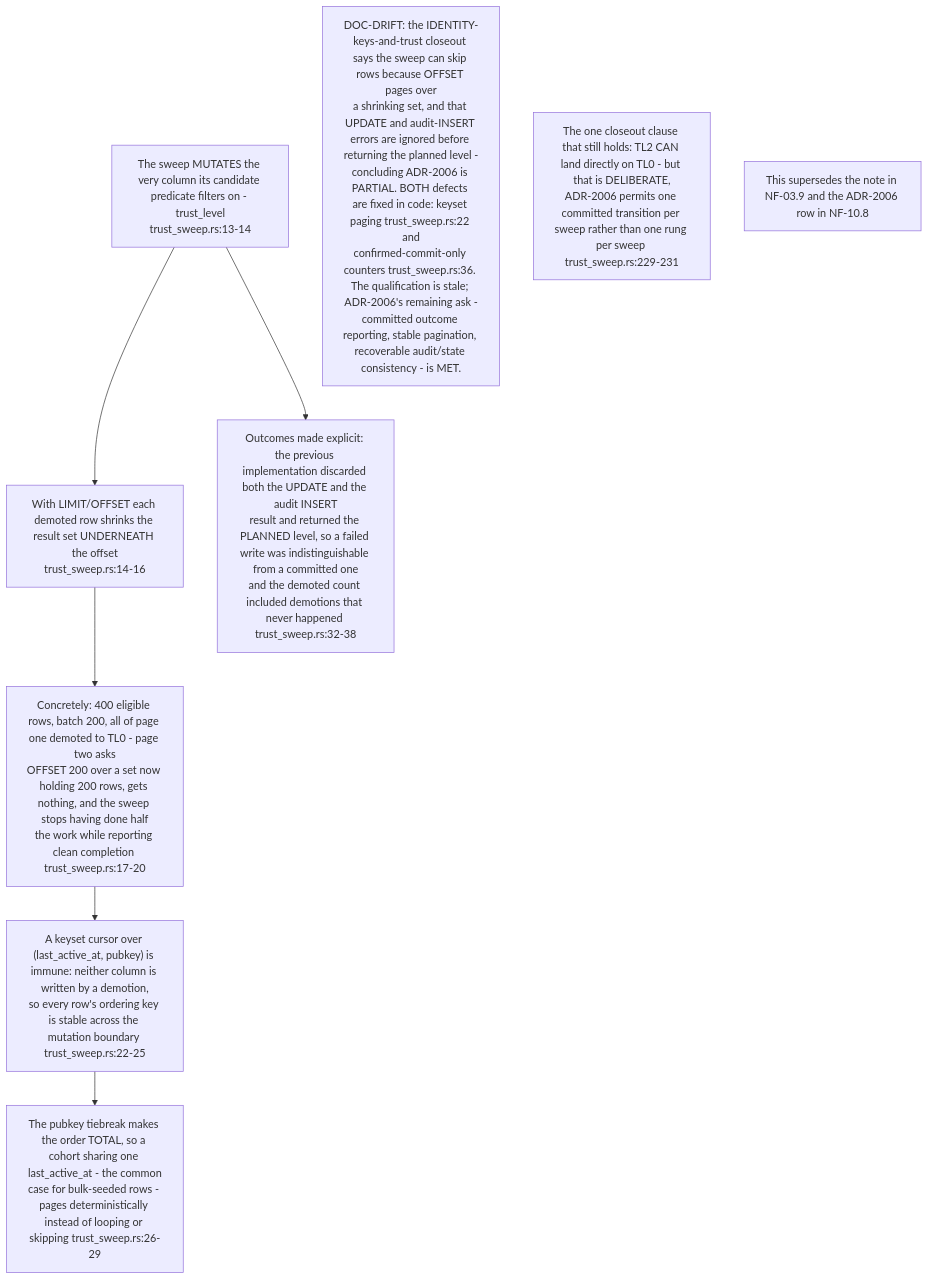
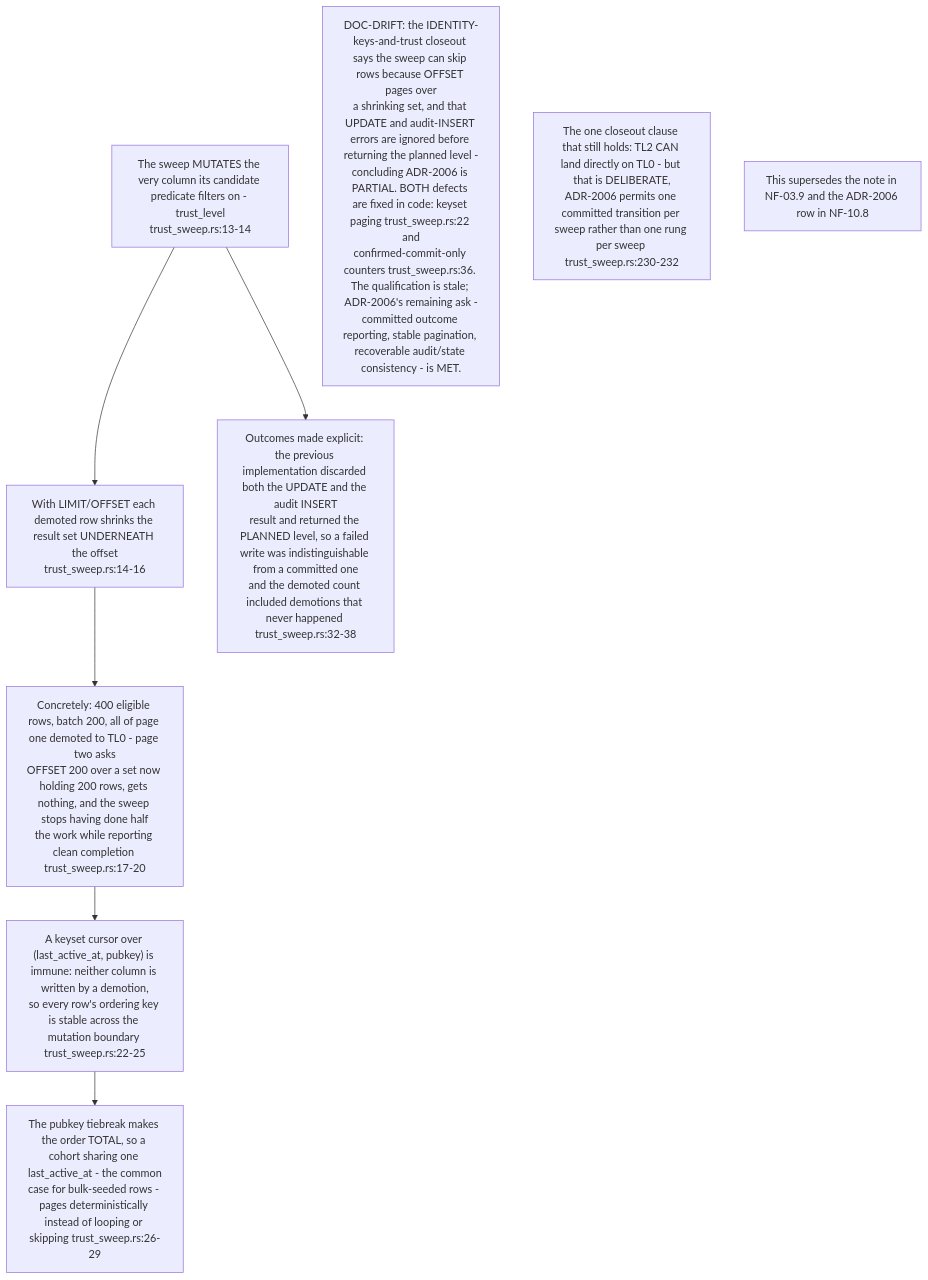
Diagram 12 of 15 in docs/diagrams/nostr-rust-forum/11-relay-durable-object-internals.md (DreamLab-AI/VisionFlow), drawn with Mermaid before and after one commit. The commit also changed other lines of this file and 51 other files, not shown here.

First line of the commit message:
docs(diagrams): agentbox AB-01..13 re-attested anchor by anchor (980 anchors, 22 defects); checkpoint against an out-of-mesh writer

````diff
--- a/docs/diagrams/nostr-rust-forum/11-relay-durable-object-internals.md
+++ b/docs/diagrams/nostr-rust-forum/11-relay-durable-object-internals.md
@@ -326,16 +326,16 @@
 ```mermaid
 flowchart TB
     PROB["The sweep MUTATES the very column its candidate predicate filters on - trust_level<br/>trust_sweep.rs:13-14"]
     OFF["With LIMIT/OFFSET each demoted row shrinks the result set UNDERNEATH the offset<br/>trust_sweep.rs:14-16"]
     CONC["Concretely: 400 eligible rows, batch 200, all of page one demoted to TL0 - page two asks<br/>OFFSET 200 over a set now holding 200 rows, gets nothing, and the sweep stops having done half<br/>the work while reporting clean completion trust_sweep.rs:17-20"]
     FIX["A keyset cursor over (last_active_at, pubkey) is immune: neither column is written by a demotion,<br/>so every row's ordering key is stable across the mutation boundary trust_sweep.rs:22-25"]
     TIE["The pubkey tiebreak makes the order TOTAL, so a cohort sharing one last_active_at - the common<br/>case for bulk-seeded rows - pages deterministically instead of looping or skipping trust_sweep.rs:26-29"]
     OUT["Outcomes made explicit: the previous implementation discarded both the UPDATE and the audit INSERT<br/>result and returned the PLANNED level, so a failed write was indistinguishable from a committed one<br/>and the demoted count included demotions that never happened trust_sweep.rs:32-38"]
 
     PROB --> OFF --> CONC --> FIX --> TIE
     PROB --> OUT
 
     N1["DOC-DRIFT: the IDENTITY-keys-and-trust closeout says the sweep can skip rows because OFFSET pages over<br/>a shrinking set, and that UPDATE and audit-INSERT errors are ignored before returning the planned level -<br/>concluding ADR-2006 is PARTIAL. BOTH defects are fixed in code: keyset paging trust_sweep.rs:22 and<br/>confirmed-commit-only counters trust_sweep.rs:36. The qualification is stale; ADR-2006's remaining ask -<br/>committed outcome reporting, stable pagination, recoverable audit/state consistency - is MET."]
-    N2["The one closeout clause that still holds: TL2 CAN land directly on TL0 - but that is DELIBERATE,<br/>ADR-2006 permits one committed transition per sweep rather than one rung per sweep trust_sweep.rs:229-231"]
+    N2["The one closeout clause that still holds: TL2 CAN land directly on TL0 - but that is DELIBERATE,<br/>ADR-2006 permits one committed transition per sweep rather than one rung per sweep trust_sweep.rs:230-232"]
     N3["This supersedes the note in NF-03.9 and the ADR-2006 row in NF-10.8"]
 ```
````
